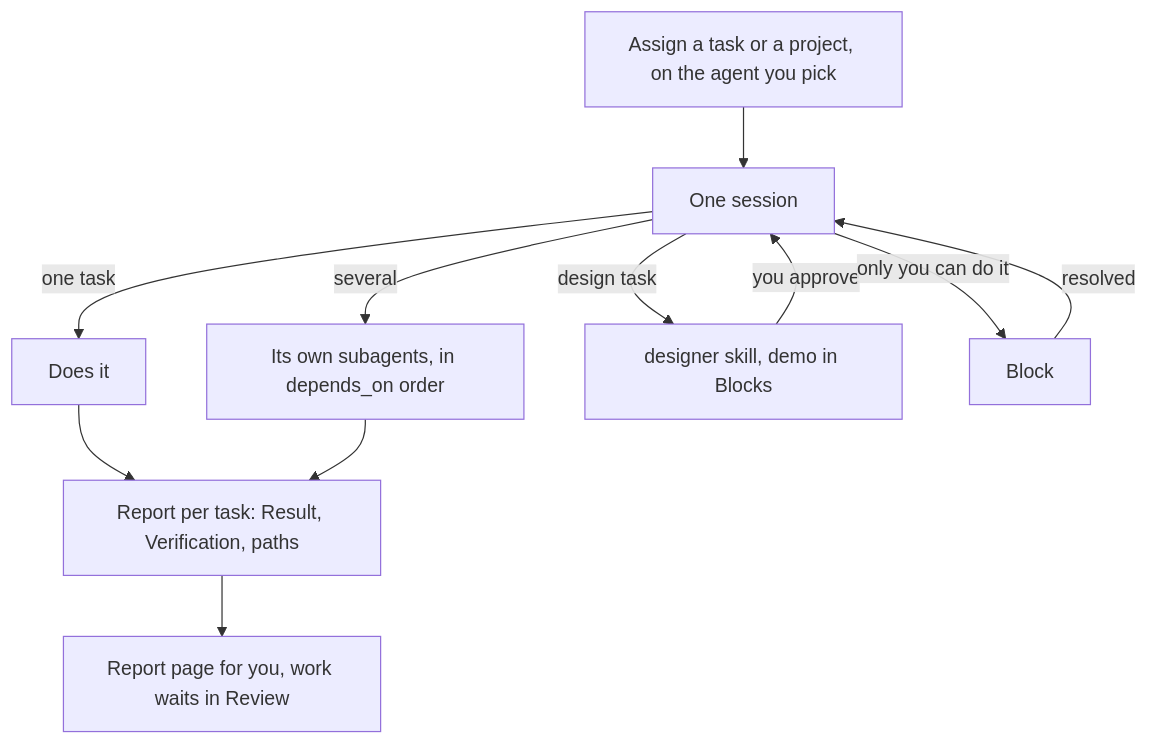
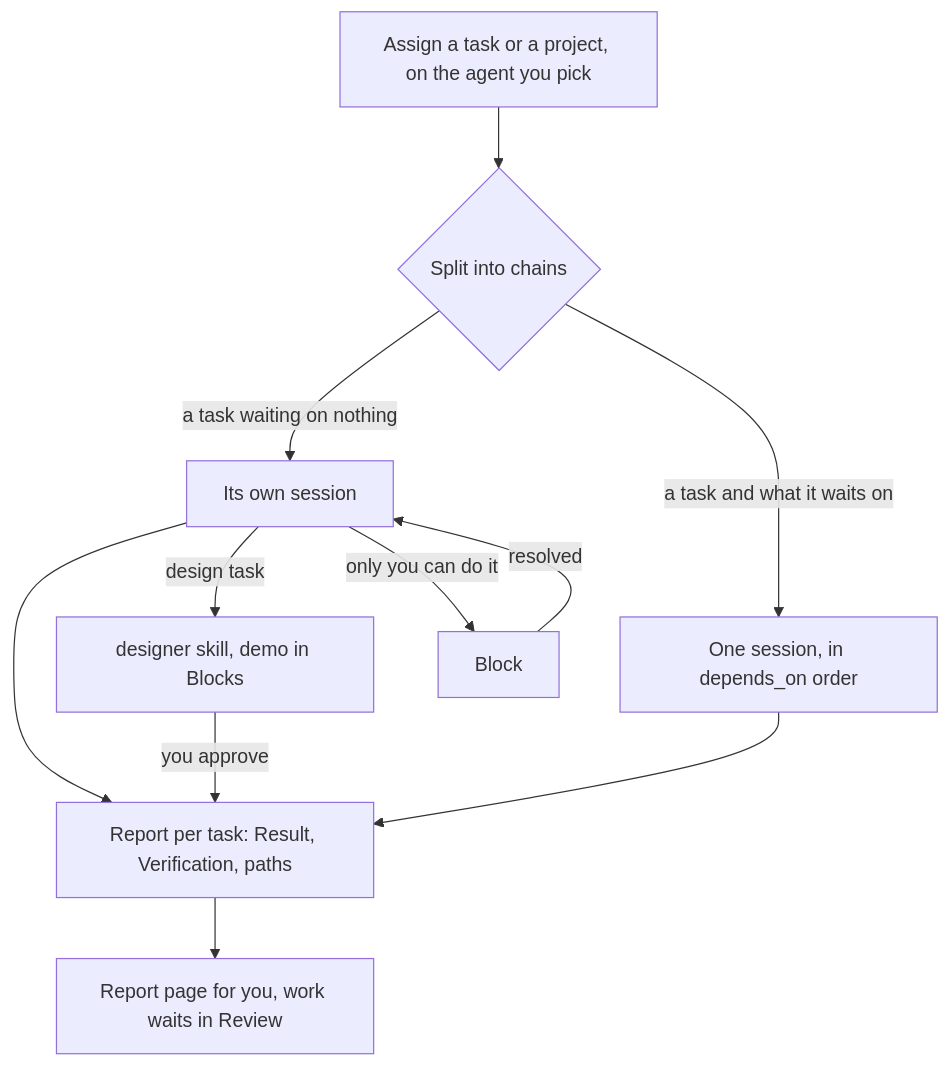
Before and after one commit to jstinhw/yongkang: the diagram in README.md, drawn with Mermaid. The commit also changed 21 other files, not shown here.

````diff
--- a/README.md
+++ b/README.md
@@ -42,13 +42,13 @@
 ```mermaid
 flowchart TD
-    A[Assign a task or a project, on the agent you pick] --> B[One session]
-    B -->|one task| C[Does it]
-    B -->|several| D[Its own subagents, in depends_on order]
+    A[Assign a task or a project, on the agent you pick] --> B{Split into chains}
+    B -->|a task waiting on nothing| C[Its own session]
+    B -->|a task and what it waits on| D[One session, in depends_on order]
     C --> E[Report per task: Result, Verification, paths]
     D --> E
-    B -->|design task| F[designer skill, demo in Blocks]
-    F -->|you approve| B
-    B -->|only you can do it| G[Block]
-    G -->|resolved| B
+    C -->|design task| F[designer skill, demo in Blocks]
+    F -->|you approve| E
+    C -->|only you can do it| G[Block]
+    G -->|resolved| C
     E --> H[Report page for you, work waits in Review]
 ```
````
